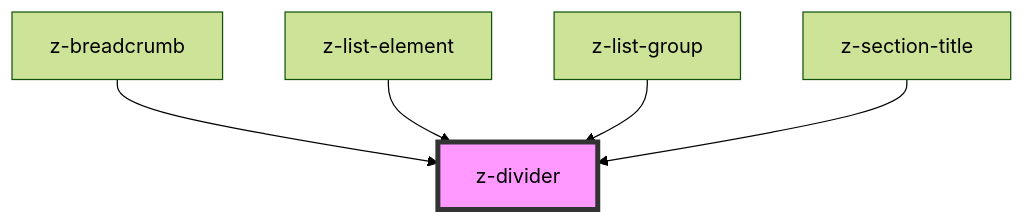
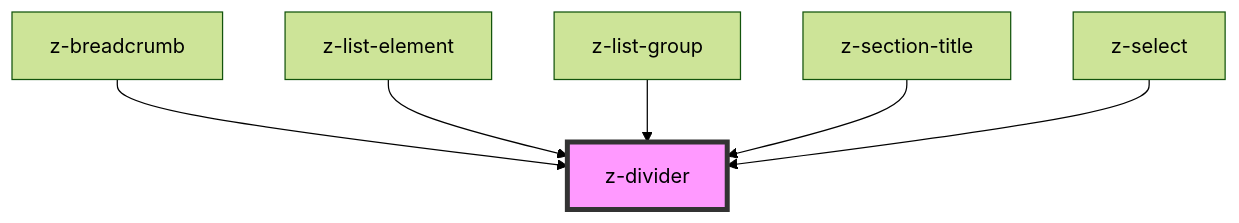
The diagram in src/components/z-divider/readme.md (ZanichelliEditore/design-system), drawn with Mermaid (forest theme) before and after one commit. The commit also changed other lines of this file and 1 other file, not shown here.

Commit message:
chore: updated components readme

````diff
--- a/src/components/z-divider/readme.md
+++ b/src/components/z-divider/readme.md
@@ -25,8 +26,9 @@
 ```mermaid
 graph TD;
   z-breadcrumb --> z-divider
   z-list-element --> z-divider
   z-list-group --> z-divider
   z-section-title --> z-divider
+  z-select --> z-divider
   style z-divider fill:#f9f,stroke:#333,stroke-width:4px
 ```
````
